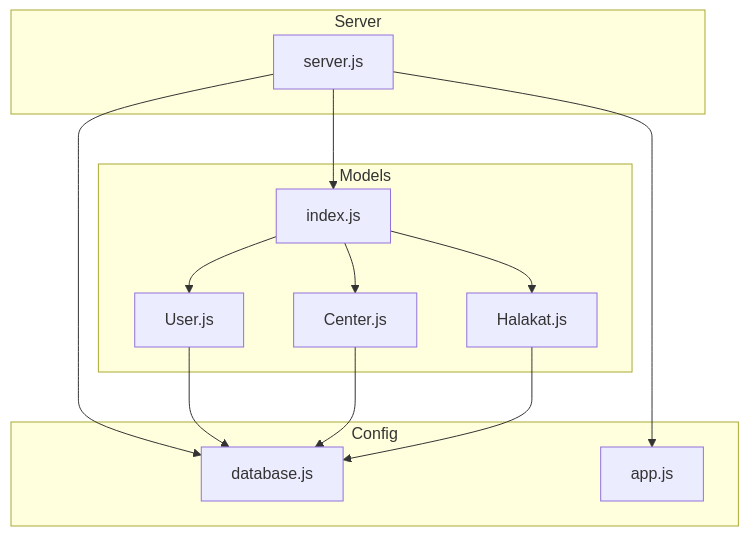
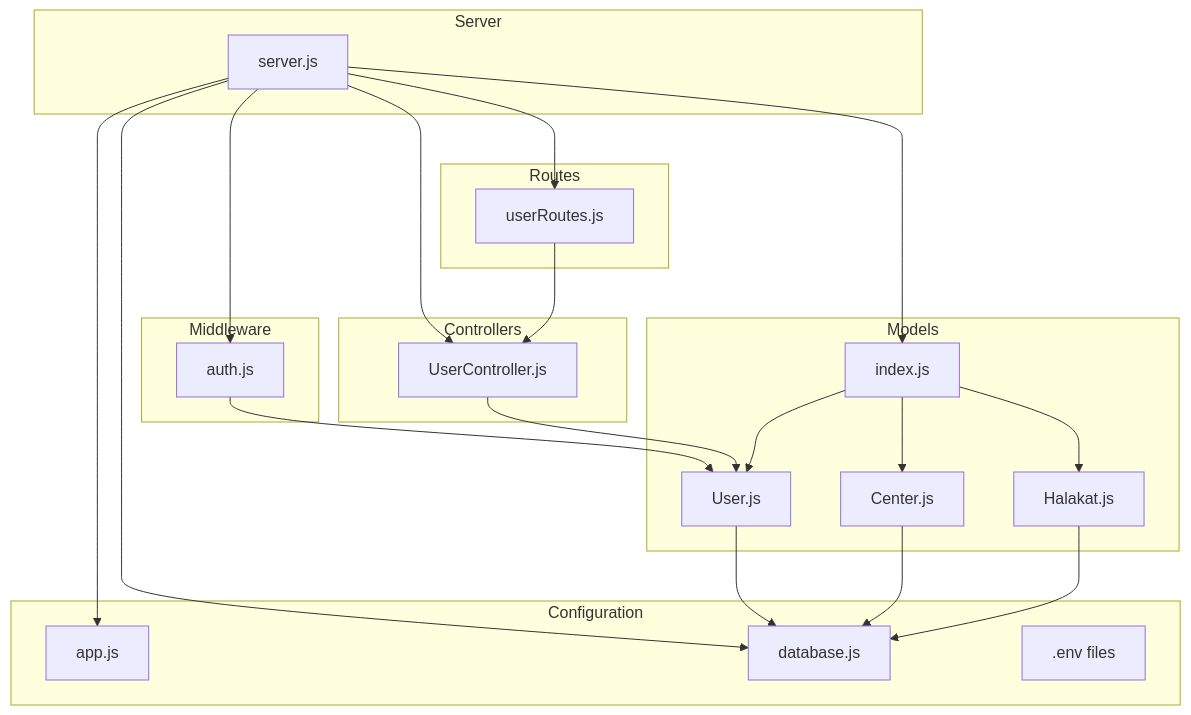
The first of 7 diagrams in .qoder/repowiki/en/content/Database Design/User Model.md (Mreng78/khirocom_project), drawn with Mermaid before and after one commit. The commit also changed other lines of this file and 13 other files, not shown here.

````diff
--- a/.qoder/repowiki/en/content/Database Design/User Model.md
+++ b/.qoder/repowiki/en/content/Database Design/User Model.md
@@ -32,25 +49,41 @@
 ```mermaid
 graph TB
-subgraph "Config"
+subgraph "Configuration"
 DB["database.js"]
 APP["app.js"]
+ENV[".env files"]
+end
+subgraph "Middleware"
+AUTH["auth.js"]
+end
+subgraph "Controllers"
+UC["UserController.js"]
+end
+subgraph "Routes"
+UR["userRoutes.js"]
 end
 subgraph "Models"
 U["User.js"]
 C["Center.js"]
 H["Halakat.js"]
 IDX["index.js"]
 end
 subgraph "Server"
 SRV["server.js"]
 end
 SRV --> APP
 SRV --> DB
+SRV --> AUTH
+SRV --> UC
+SRV --> UR
 SRV --> IDX
 IDX --> U
 IDX --> C
 IDX --> H
 U --> DB
 C --> DB
 H --> DB
+AUTH --> U
+UC --> U
+UR --> UC
 ```
````
